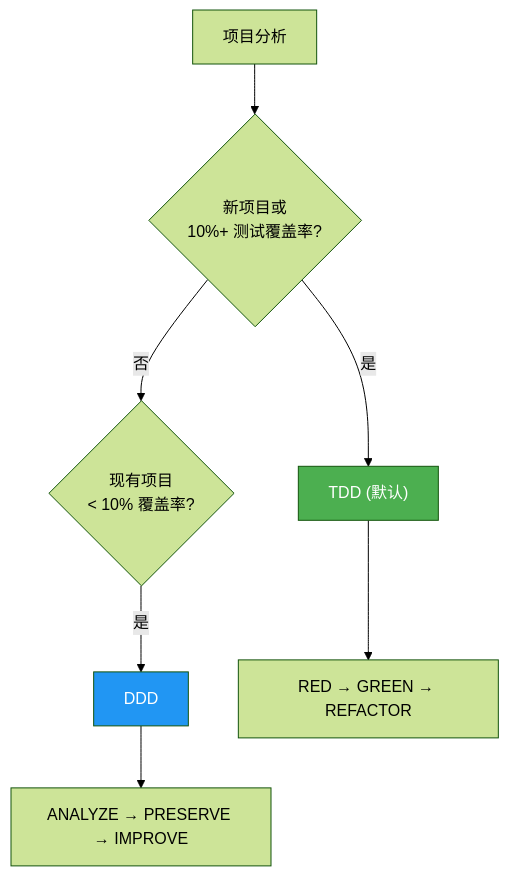
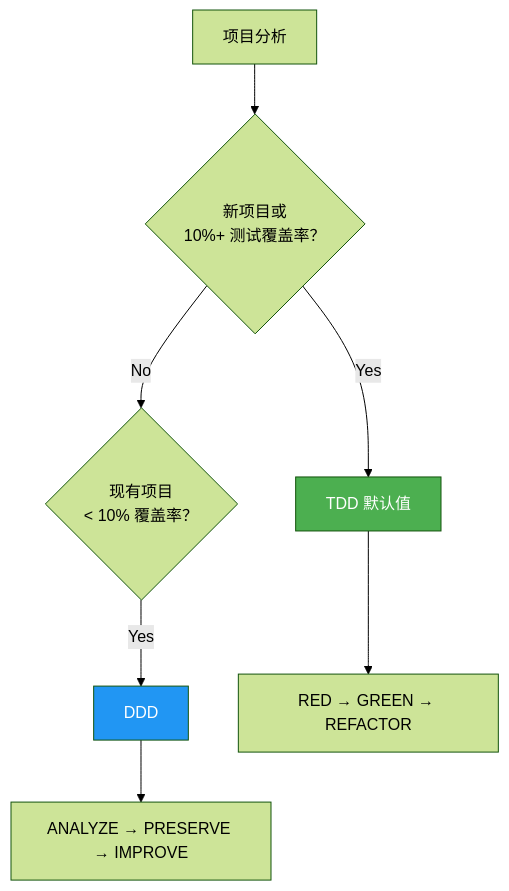
One commit to modu-ai/moai-adk changed the first of 2 diagrams in docs-site/content/zh/getting-started/introduction.md. Above: the diagram before and after it, drawn with Mermaid (forest theme). The commit also changed other lines of this file and 395 other files, not shown here.

````diff
--- a/docs-site/content/zh/getting-started/introduction.md
+++ b/docs-site/content/zh/getting-started/introduction.md
@@ -83,12 +100,12 @@
 ```mermaid
 flowchart TD
-    A["项目分析"] --> B{"新项目或<br/>10%+ 测试覆盖率?"}
-    B -->|"是"| C["TDD (默认)"]
-    B -->|"否"| D{"现有项目<br/>< 10% 覆盖率?"}
-    D -->|"是"| E["DDD"]
+    A["项目分析"] --> B{"新项目或<br/>10%+ 测试覆盖率？"}
+    B -->|"Yes"| C["TDD 默认值"]
+    B -->|"No"| D{"现有项目<br/>< 10% 覆盖率？"}
+    D -->|"Yes"| E["DDD"]
     C --> F["RED → GREEN → REFACTOR"]
     E --> G["ANALYZE → PRESERVE → IMPROVE"]
 
     style C fill:#4CAF50,color:#fff
     style E fill:#2196F3,color:#fff
 ```
````
